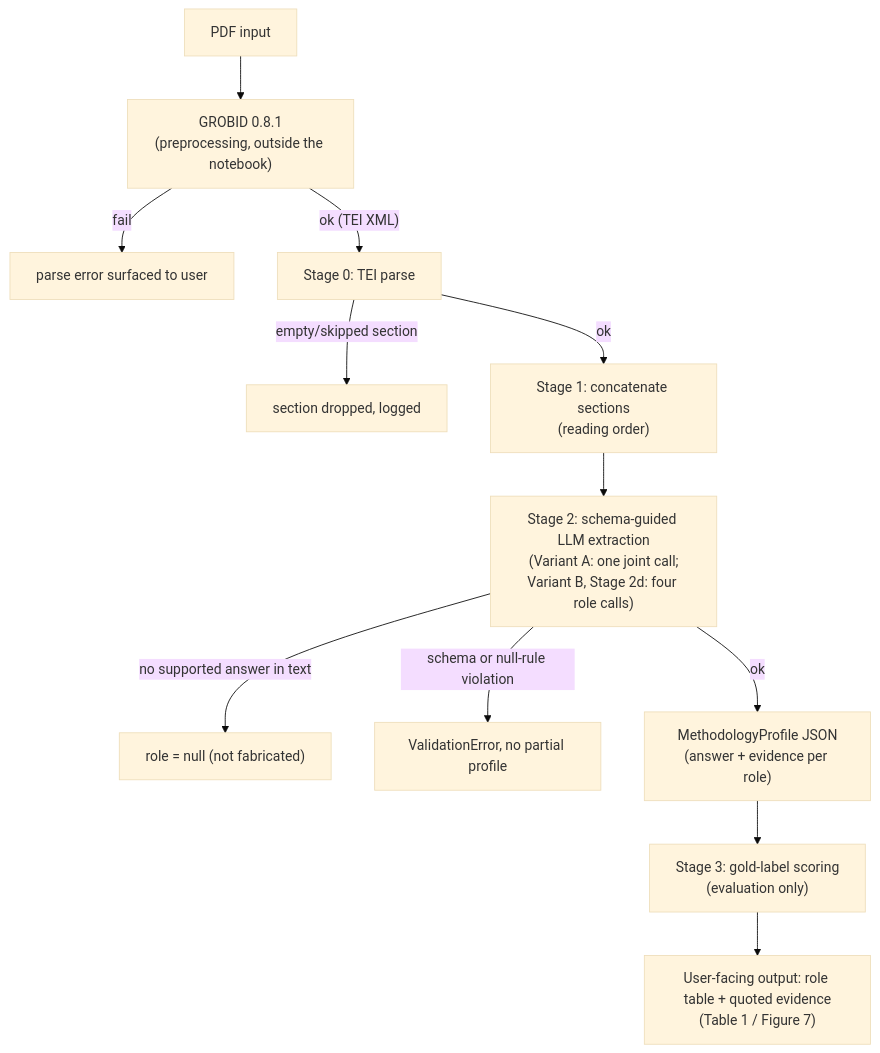
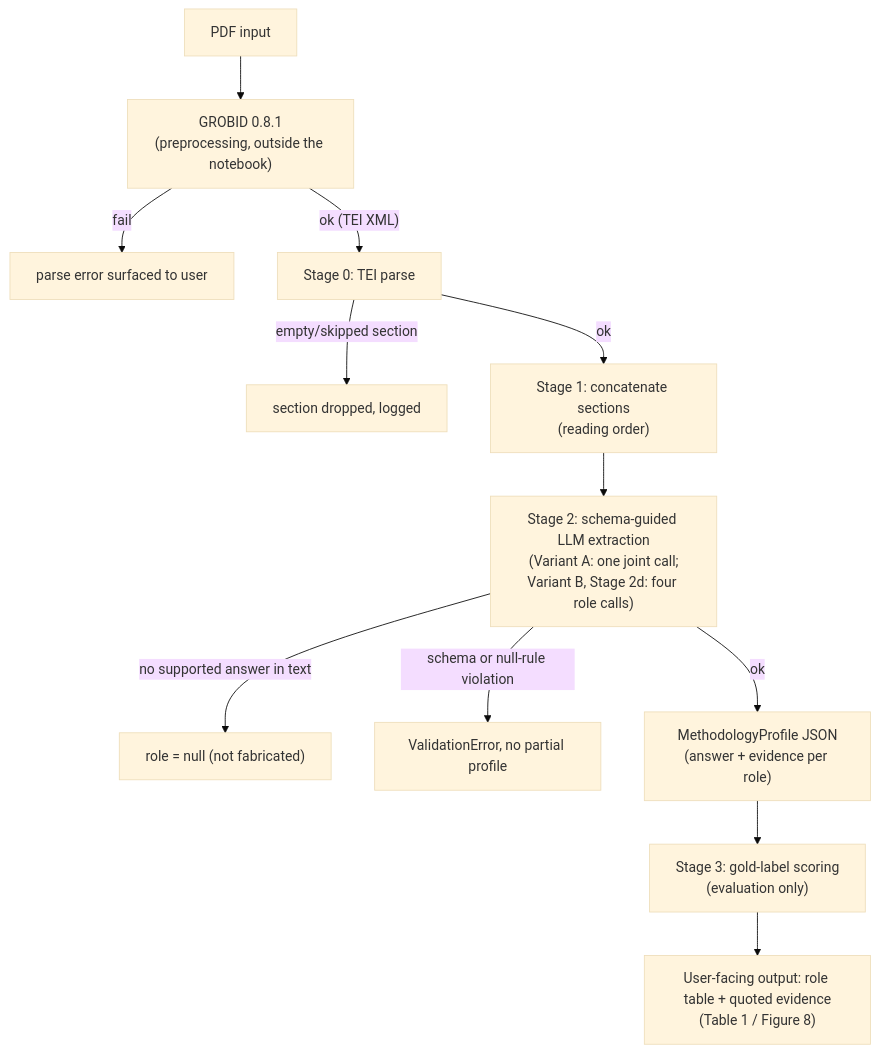
Before and after one commit to sanemat/uol-fp: the second of 3 diagrams in report4/report.md, drawn with Mermaid (base theme). The commit also changed other lines of this file and 1 other file, not shown here.

````diff
--- a/report4/report.md
+++ b/report4/report.md
@@ -227,14 +252,14 @@
 ```mermaid
 flowchart TD
     IN[PDF input] --> G["GROBID 0.8.1<br/>(preprocessing, outside the notebook)"]
     G -- fail --> GE[parse error surfaced to user]
     G -- "ok (TEI XML)" --> S0[Stage 0: TEI parse]
     S0 -- empty/skipped section --> S0E[section dropped, logged]
     S0 -- ok --> S1["Stage 1: concatenate sections<br/>(reading order)"]
     S1 --> S2["Stage 2: schema-guided LLM extraction<br/>(Variant A: one joint call;<br/>Variant B, Stage 2d: four role calls)"]
     S2 -- no supported answer in text --> N["role = null (not fabricated)"]
     S2 -- schema or null-rule violation --> VE[ValidationError, no partial profile]
     S2 -- ok --> MP["MethodologyProfile JSON<br/>(answer + evidence per role)"]
     MP --> S3["Stage 3: gold-label scoring<br/>(evaluation only)"]
-    S3 --> OUT["User-facing output: role table + quoted evidence<br/>(Table 1 / Figure 7)"]
+    S3 --> OUT["User-facing output: role table + quoted evidence<br/>(Table 1 / Figure 8)"]
 ```
````
